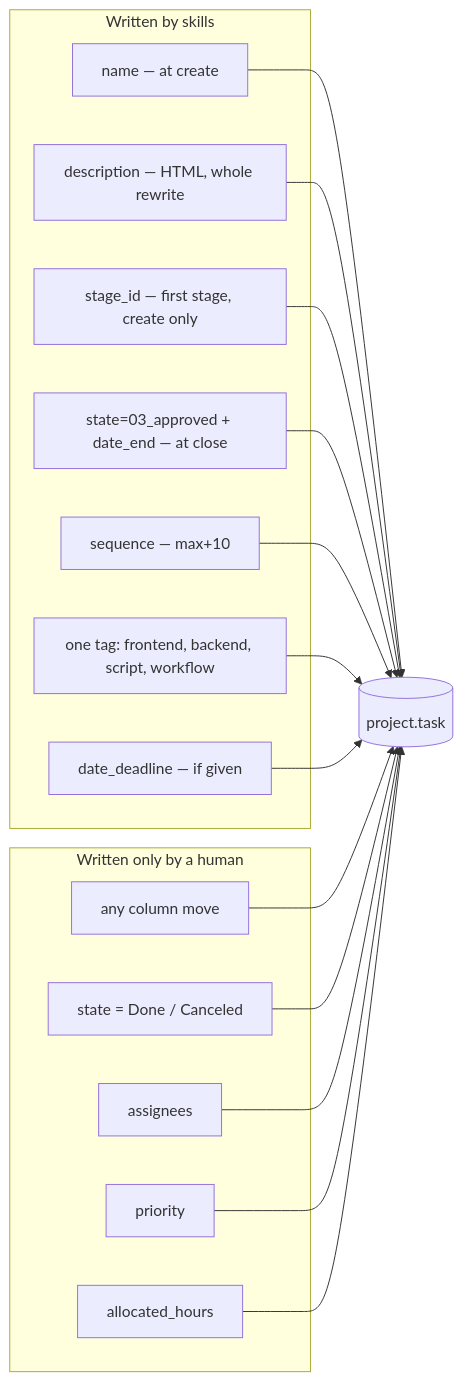
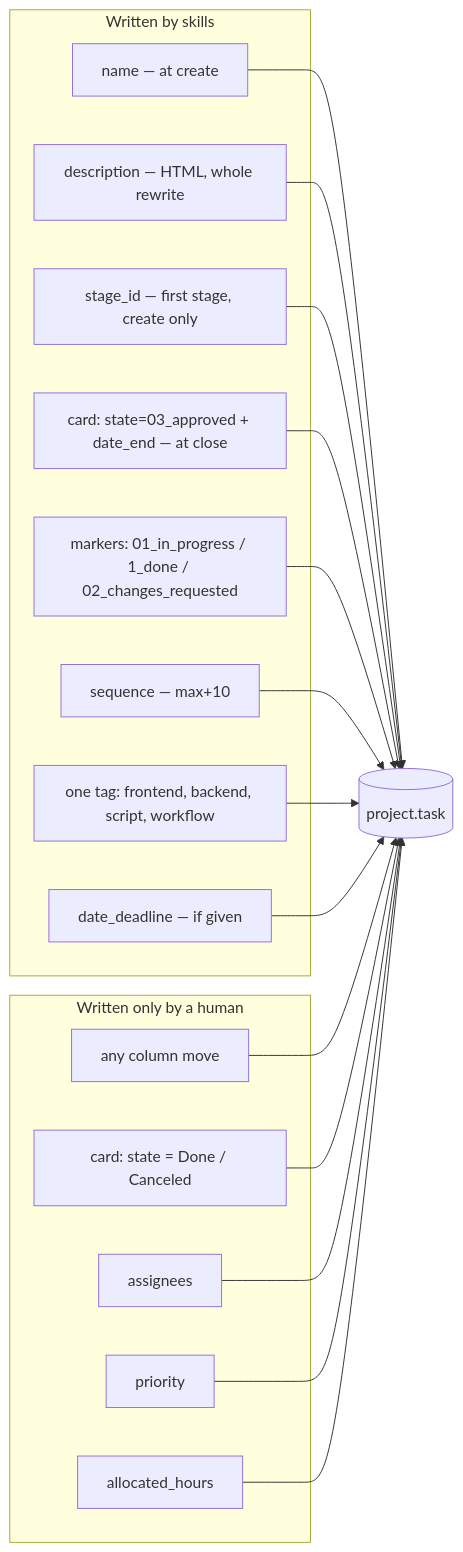
One commit to darideveloper/ai-daridev changed the first of 3 diagrams in docs/odoo.md. Above: the diagram before and after it, drawn with Mermaid. The commit also changed other lines of this file and 9 other files, not shown here.

First line of the commit message:
fix: markers validate with 1_done, pair commits memory

````diff
--- a/docs/odoo.md
+++ b/docs/odoo.md
@@ -8,32 +8,34 @@
 ```mermaid
 flowchart LR
     subgraph SKILL["Written by skills"]
         N["name — at create"]
         D["description — HTML, whole rewrite"]
         STG["stage_id — first stage, create only"]
-        SIG["state=03_approved + date_end — at close"]
+        SIG["card: state=03_approved + date_end — at close"]
+        MK["markers: 01_in_progress / 1_done / 02_changes_requested"]
         SEQ["sequence — max+10"]
         TAG["one tag: frontend, backend, script, workflow"]
         DDL["date_deadline — if given"]
     end
     subgraph HUMAN["Written only by a human"]
         MOVE["any column move"]
-        DONE["state = Done / Canceled"]
+        DONE["card: state = Done / Canceled"]
         ASSIGN["assignees"]
         PRIO["priority"]
         HOURS["allocated_hours"]
     end
     CARD[("project.task")]
     N --> CARD
     D --> CARD
     STG --> CARD
     SIG --> CARD
+    MK --> CARD
     SEQ --> CARD
     TAG --> CARD
     DDL --> CARD
     MOVE --> CARD
     DONE --> CARD
     ASSIGN --> CARD
     PRIO --> CARD
     HOURS --> CARD
 ```
````
